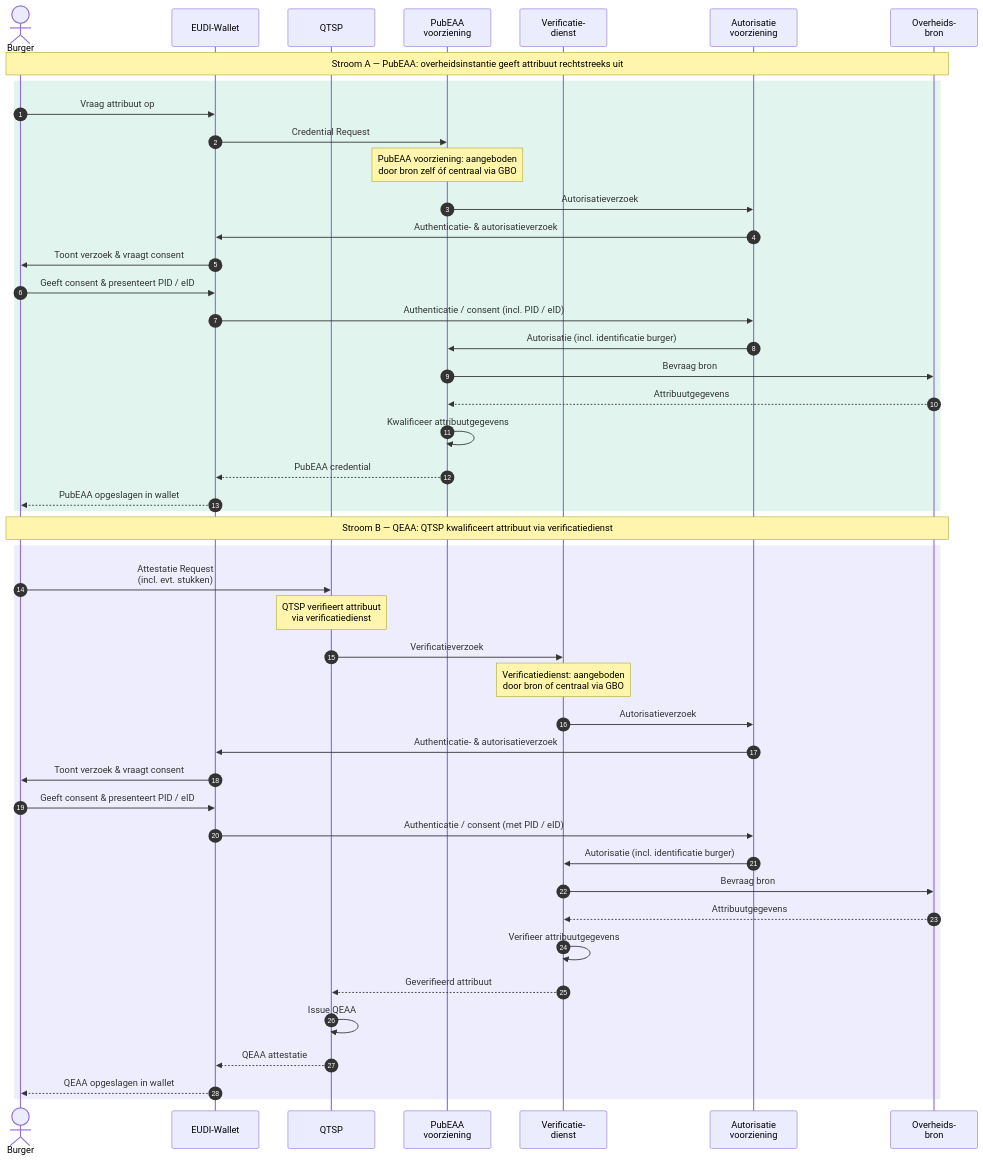
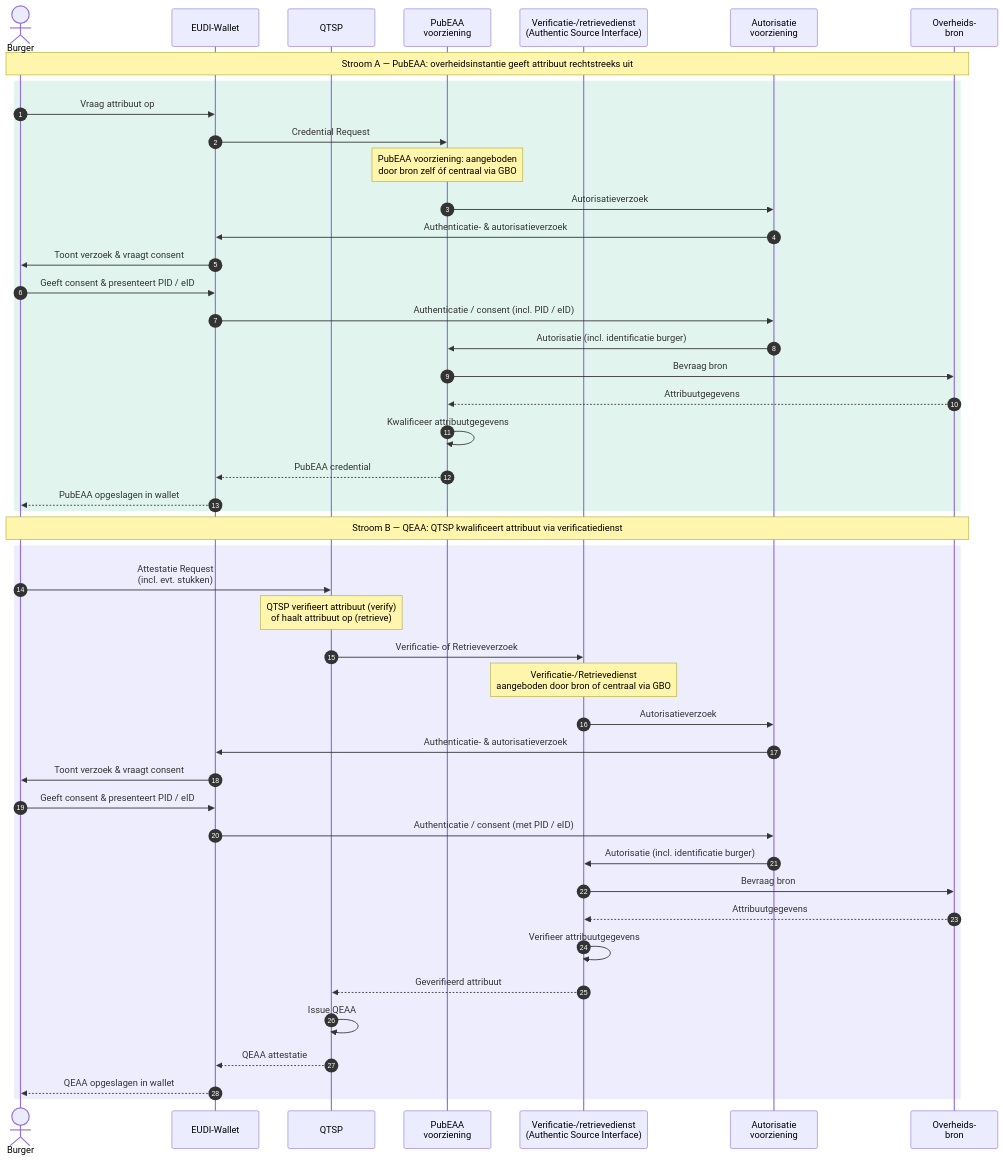
One commit to ICTU/GBO-GO changed the diagram in main/diagrammen/interactiepatroon-EUDI-Wallet.mmd. Above: the diagram before and after it, drawn with Mermaid. The commit also changed 6 other files, not shown here.

```diff
--- a/main/diagrammen/interactiepatroon-EUDI-Wallet.mmd
+++ b/main/diagrammen/interactiepatroon-EUDI-Wallet.mmd
@@ -1,50 +1,50 @@
 sequenceDiagram
     autonumber
     actor Burger
     participant Wallet as EUDI-Wallet
     participant QTSP as QTSP
     participant PubEAA as PubEAA<br/>voorziening
-    participant VerifDienst as Verificatie-<br/>dienst
+    participant VerifDienst as Verificatie-/retrievedienst<br/>(Authentic Source Interface)
     participant Auth as Autorisatie<br/>voorziening
     participant Bron as Overheids-<br/>bron
 
     Note over Burger,Bron: Stroom A — PubEAA: overheidsinstantie geeft attribuut rechtstreeks uit
 
     rect rgb(225, 245, 238)
         Burger->>Wallet: Vraag attribuut op
         Wallet->>PubEAA: Credential Request
         Note over PubEAA: PubEAA voorziening: aangeboden<br/>door bron zelf óf centraal via GBO
         PubEAA->>Auth: Autorisatieverzoek
         Auth->>Wallet: Authenticatie- & autorisatieverzoek
         Wallet->>Burger: Toont verzoek & vraagt consent
         Burger->>Wallet: Geeft consent & presenteert PID / eID
         Wallet->>Auth: Authenticatie / consent (incl. PID / eID)
         Auth->>PubEAA: Autorisatie (incl. identificatie burger)
         PubEAA->>Bron: Bevraag bron
         Bron-->>PubEAA: Attribuutgegevens
         PubEAA->>PubEAA: Kwalificeer attribuutgegevens
         PubEAA-->>Wallet: PubEAA credential
         Wallet-->>Burger: PubEAA opgeslagen in wallet
     end
 
     Note over Burger,Bron: Stroom B — QEAA: QTSP kwalificeert attribuut via verificatiedienst
 
     rect rgb(238, 237, 254)
         Burger->>QTSP: Attestatie Request<br />(incl. evt. stukken)
-        Note over QTSP: QTSP verifieert attribuut<br/>via verificatiedienst
-        QTSP->>VerifDienst: Verificatieverzoek
-        Note over VerifDienst: Verificatiedienst: aangeboden<br/>door bron of centraal via GBO
+        Note over QTSP: QTSP verifieert attribuut (verify)<br/>of haalt attribuut op (retrieve)
+        QTSP->>VerifDienst: Verificatie- of Retrieveverzoek
+        Note over VerifDienst: Verificatie-/Retrievedienst<br/>aangeboden door bron of centraal via GBO
         VerifDienst->>Auth: Autorisatieverzoek
         Auth->>Wallet: Authenticatie- & autorisatieverzoek
         Wallet->>Burger: Toont verzoek & vraagt consent
         Burger->>Wallet: Geeft consent & presenteert PID / eID
         Wallet->>Auth: Authenticatie / consent (met PID / eID)
         Auth->>VerifDienst: Autorisatie (incl. identificatie burger)
         VerifDienst->>Bron: Bevraag bron
         Bron-->>VerifDienst: Attribuutgegevens
         VerifDienst->>VerifDienst: Verifieer attribuutgegevens
         VerifDienst-->>QTSP: Geverifieerd attribuut
         QTSP->>QTSP: Issue QEAA
         QTSP-->>Wallet: QEAA attestatie
         Wallet-->>Burger: QEAA opgeslagen in wallet
     end
```
